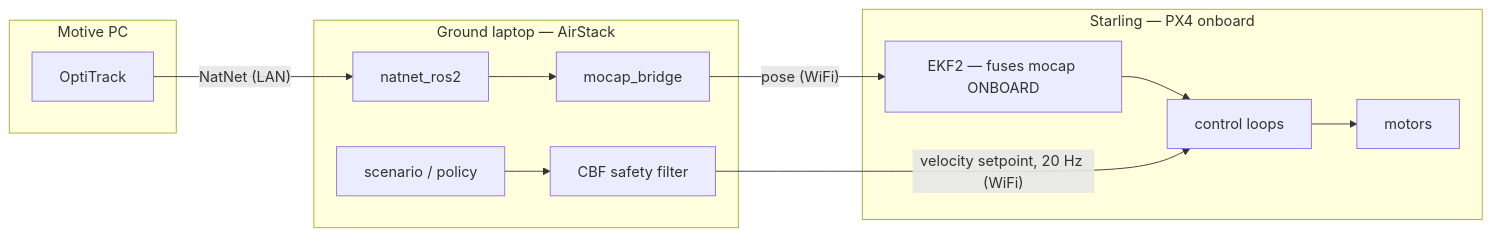
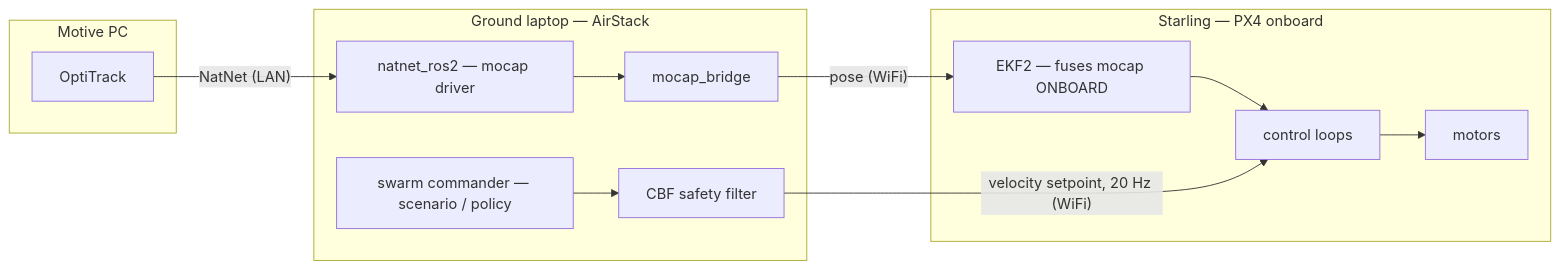
Before and after one commit to AI-DA-STC/AirStack-starling-max2: the first of 2 diagrams in README.md, drawn with Mermaid. The commit also changed other lines of this file, not shown here.

````diff
--- a/README.md
+++ b/README.md
@@ -79,16 +82,16 @@
 ```mermaid
 flowchart LR
   subgraph MOTIVE["Motive PC"]
     M["OptiTrack"]
   end
   subgraph LAPTOP["Ground laptop — AirStack"]
-    N["natnet_ros2"] --> B["mocap_bridge"]
-    P["scenario / policy"] --> C["CBF safety filter"]
+    N["natnet_ros2 — mocap driver"] --> B["mocap_bridge"]
+    P["swarm commander — scenario / policy"] --> C["CBF safety filter"]
   end
   subgraph DRONE["Starling — PX4 onboard"]
     E["EKF2 — fuses mocap ONBOARD"] --> L["control loops"] --> R["motors"]
   end
   M -- "NatNet (LAN)" --> N
   B -- "pose (WiFi)" --> E
   C -- "velocity setpoint, 20 Hz (WiFi)" --> L
 ```
````
